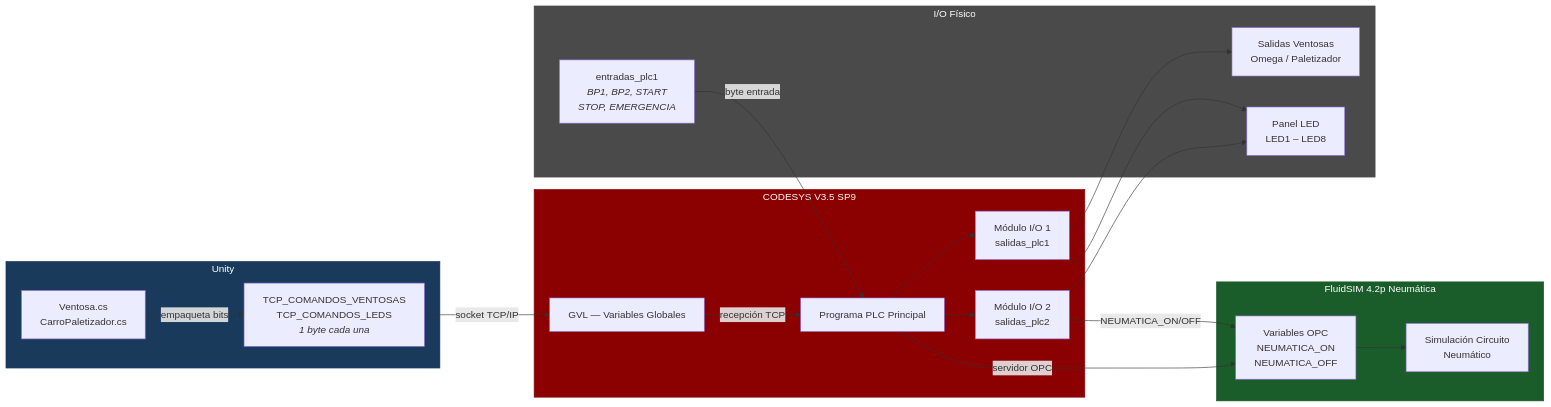
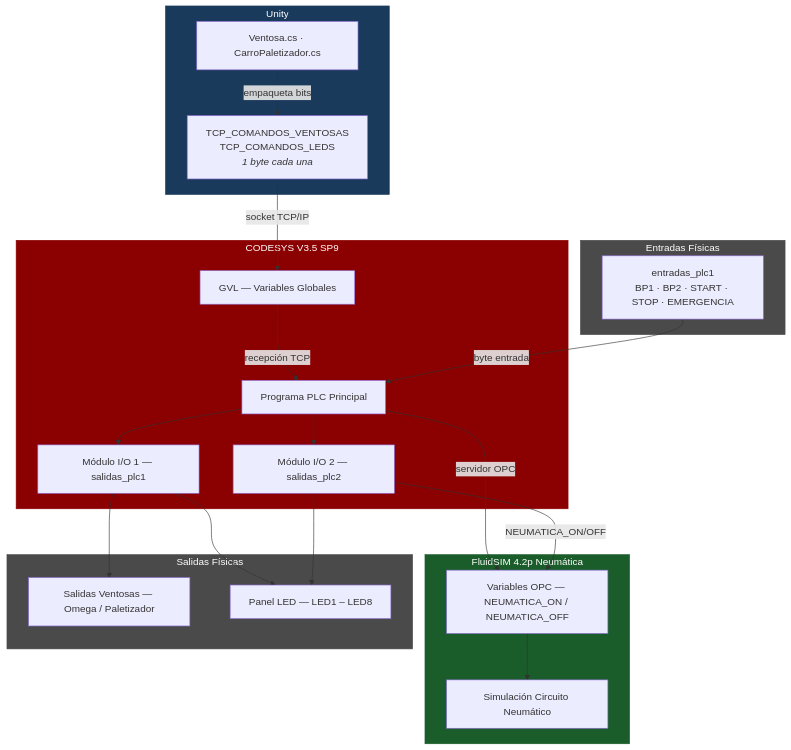
One commit to jorgefajardom-coder/drone-packaging-simulation-unity changed the seventh of 12 diagrams in README.md. Above: the diagram before and after it, drawn with Mermaid. The commit also changed other lines of this file, not shown here.

First line of the commit message:
docs: restructure diagrams to eliminate arrow overlaps

````diff
--- a/README.md
+++ b/README.md
@@ -1359,43 +1368,47 @@
 ```mermaid
-graph LR
+graph TB
     subgraph UNITY["Unity"]
-        U1[Ventosa.cs<br/>CarroPaletizador.cs]
+        U1[Ventosa.cs · CarroPaletizador.cs]
         U2[TCP_COMANDOS_VENTOSAS<br/>TCP_COMANDOS_LEDS<br/><i>1 byte cada una</i>]
         U1 -->|empaqueta bits| U2
+    end
+
+    subgraph HW_IN["Entradas Físicas"]
+        H1[entradas_plc1<br/>BP1 · BP2 · START · STOP · EMERGENCIA]
     end
 
     subgraph CODESYS["CODESYS V3.5 SP9"]
         C1[GVL — Variables Globales]
         C2[Programa PLC Principal]
-        C3[Módulo I/O 1<br/>salidas_plc1]
-        C4[Módulo I/O 2<br/>salidas_plc2]
+        C3[Módulo I/O 1 — salidas_plc1]
+        C4[Módulo I/O 2 — salidas_plc2]
         C1 -->|recepción TCP| C2
         C2 --> C3
         C2 --> C4
     end
 
     subgraph FLUIDSIM["FluidSIM 4.2p Neumática"]
-        F1[Variables OPC<br/>NEUMATICA_ON<br/>NEUMATICA_OFF]
-        F2[Simulación Circuito<br/>Neumático]
+        F1[Variables OPC — NEUMATICA_ON / NEUMATICA_OFF]
+        F2[Simulación Circuito Neumático]
         F1 --> F2
     end
 
-    subgraph HW["I/O Físico"]
-        H1[entradas_plc1<br/><i>BP1, BP2, START<br/>STOP, EMERGENCIA</i>]
-        H2[Salidas Ventosas<br/>Omega / Paletizador]
-        H3[Panel LED<br/>LED1 – LED8]
+    subgraph HW_OUT["Salidas Físicas"]
+        H2[Salidas Ventosas — Omega / Paletizador]
+        H3[Panel LED — LED1 – LED8]
     end
 
     U2 -->|socket TCP/IP| C1
+    H1 -->|byte entrada| C2
     C2 -->|servidor OPC| F1
-    H1 -->|byte entrada| C2
+    C4 -->|NEUMATICA_ON/OFF| F1
     C3 --> H2
     C3 --> H3
     C4 --> H3
-    C4 -->|NEUMATICA_ON/OFF| F1
 
     style UNITY fill:#1a3a5c,color:#fff,stroke:#1a3a5c
+    style HW_IN fill:#4a4a4a,color:#fff,stroke:#4a4a4a
     style CODESYS fill:#8b0000,color:#fff,stroke:#8b0000
     style FLUIDSIM fill:#1a5c2a,color:#fff,stroke:#1a5c2a
-    style HW fill:#4a4a4a,color:#fff,stroke:#4a4a4a
+    style HW_OUT fill:#4a4a4a,color:#fff,stroke:#4a4a4a
 ```
````
